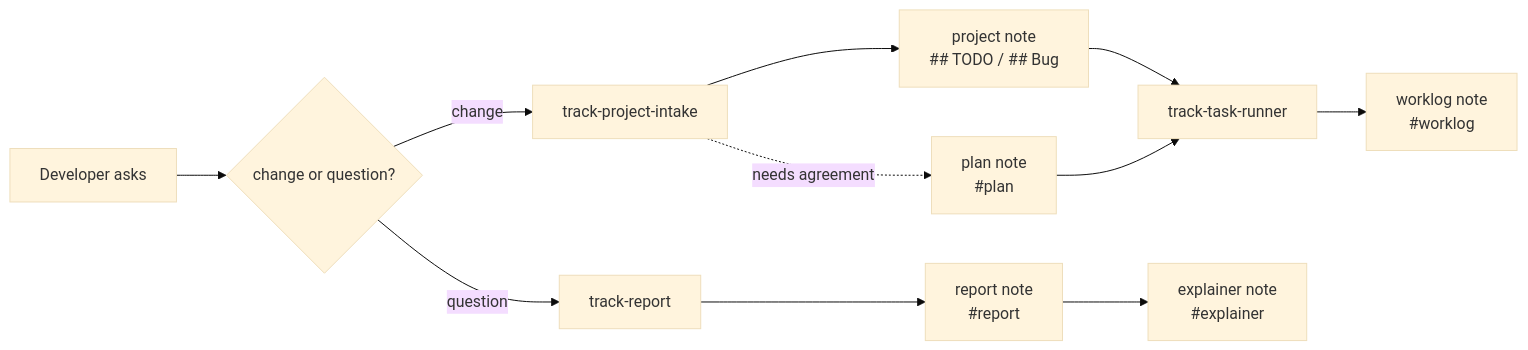
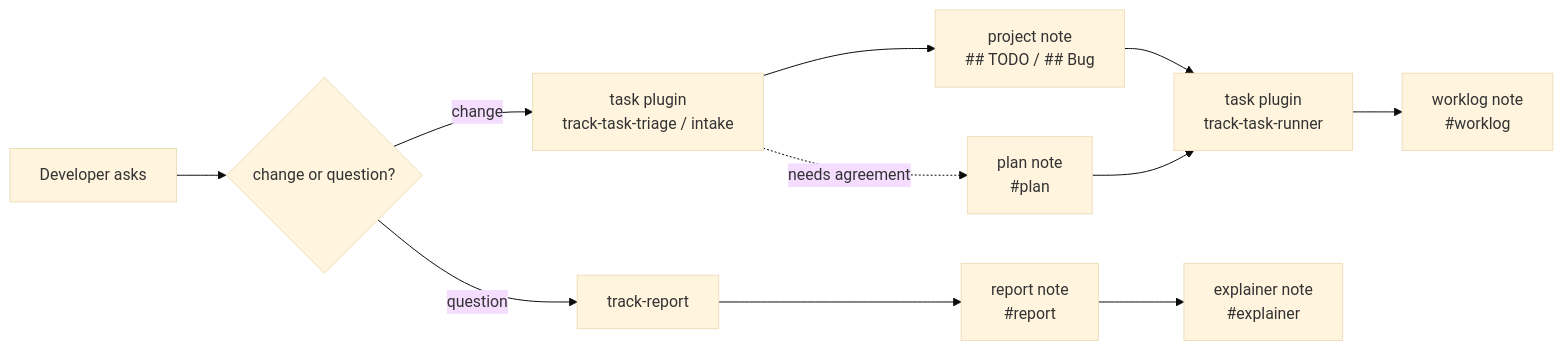
One commit to ttak0422/track-lab changed the diagram in plugins/note/README.md. Above: the diagram before and after it, drawn with Mermaid (base theme). The commit also changed other lines of this file and 20 other files, not shown here.

````diff
--- a/plugins/note/README.md
+++ b/plugins/note/README.md
@@ -33,13 +31,13 @@
 ```mermaid
 flowchart LR
   ask[Developer asks] --> kind{change or question?}
-  kind -->|change| intake[track-project-intake]
+  kind -->|change| intake["task plugin<br/>track-task-triage / intake"]
   kind -->|question| report[track-report]
   intake --> checklist["project note<br/>## TODO / ## Bug"]
   intake -.needs agreement.-> plan["plan note<br/>#plan"]
-  checklist --> runner[track-task-runner]
+  checklist --> runner["task plugin<br/>track-task-runner"]
   plan --> runner
   runner --> worklog["worklog note<br/>#worklog"]
   report --> reportnote["report note<br/>#report"]
   reportnote --> explainer["explainer note<br/>#explainer"]
 ```
````
